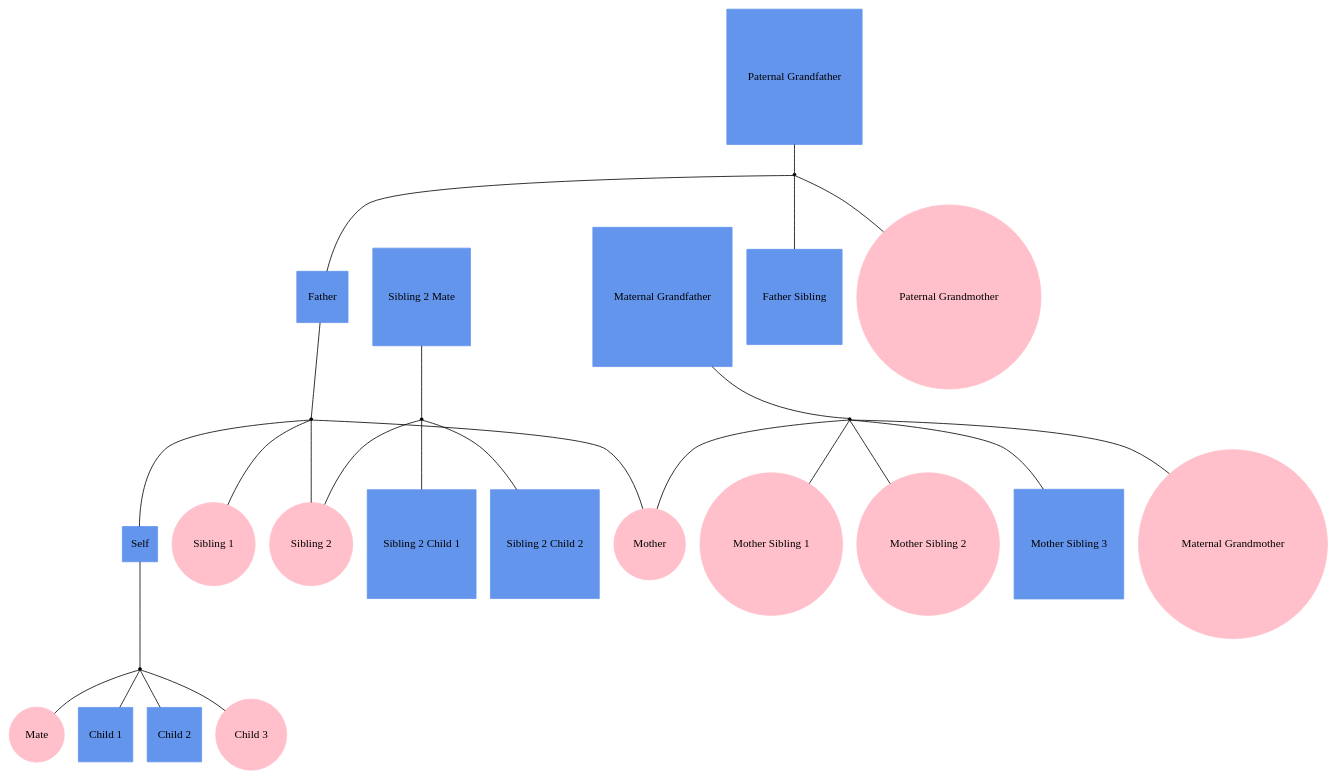
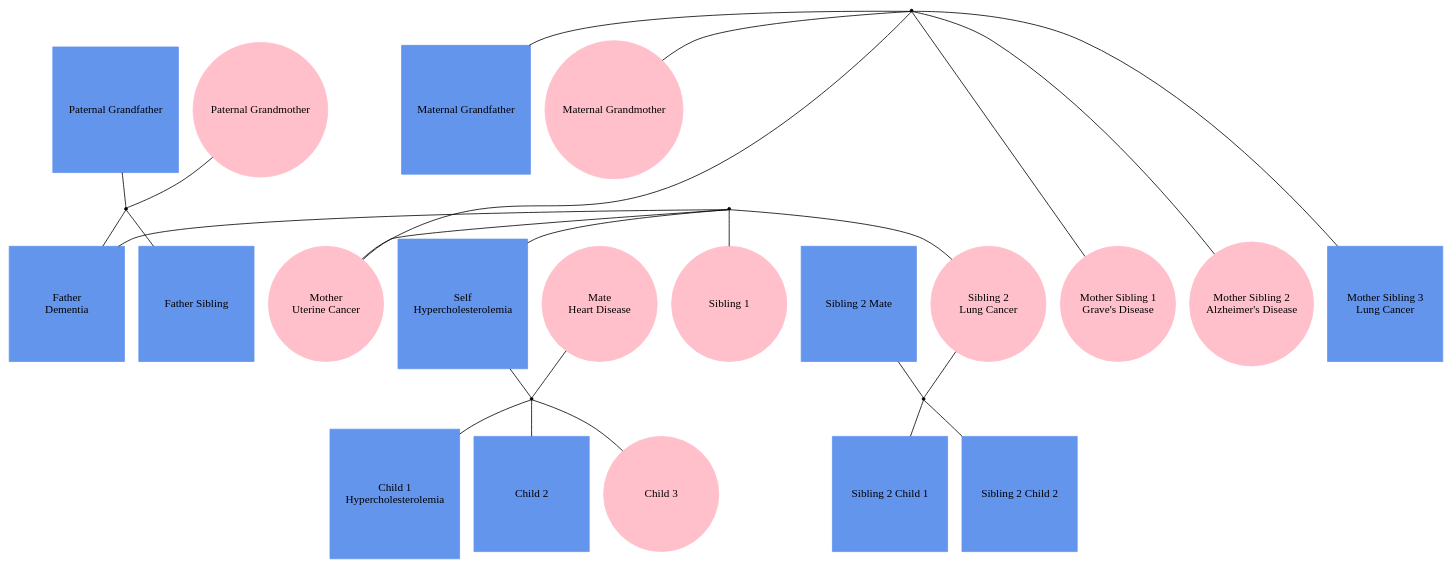
Before and after one commit to phewing/teamM_L: the diagram in encoder/out11.gv, drawn with Graphviz. The commit also changed 22 other files, not shown here.

```diff
--- a/encoder/out11.gv
+++ b/encoder/out11.gv
@@ -1,50 +1,57 @@
 
 graph f11 {
-"Self" [shape=box, style=filled, regular=1, color="cornflowerblue"];
-"Mate" [shape=oval, style=filled, regular=1, color="pink"];
-"Child 1" [shape=box, style=filled, regular=1, color="cornflowerblue"];
-"Child 2" [shape=box, style=filled, regular=1, color="cornflowerblue"];
-"Child 3" [shape=oval, style=filled, regular=1, color="pink"];
-"Sibling 1" [shape=oval, style=filled, regular=1, color="pink"];
-"Sibling 2" [shape=oval, style=filled, regular=1, color="pink"];
-"Sibling 2 Mate" [shape=box, style=filled, regular=1, color="cornflowerblue"];
-"Sibling 2 Child 1" [shape=box, style=filled, regular=1, color="cornflowerblue"];
-"Sibling 2 Child 2" [shape=box, style=filled, regular=1, color="cornflowerblue"];
-"Mother" [shape=oval, style=filled, regular=1, color="pink"];
-"Mother Sibling 1" [shape=oval, style=filled, regular=1, color="pink"];
-"Mother Sibling 2" [shape=oval, style=filled, regular=1, color="pink"];
-"Mother Sibling 3" [shape=box, style=filled, regular=1, color="cornflowerblue"];
-"Maternal Grandmother" [shape=oval, style=filled, regular=1, color="pink"];
-"Maternal Grandfather" [shape=box, style=filled, regular=1, color="cornflowerblue"];
-"Father" [shape=box, style=filled, regular=1, color="cornflowerblue"];
-"Father Sibling" [shape=box, style=filled, regular=1, color="cornflowerblue"];
-"Paternal Grandmother" [shape=oval, style=filled, regular=1, color="pink"];
-"Paternal Grandfather" [shape=box, style=filled, regular=1, color="cornflowerblue"];
+ordering=out;
+
+"Self\nHypercholesterolemia" [fontname="helvetica:bold", width=2, shape=box, style=filled, regular=1, color="cornflowerblue"];
+"Mate\nHeart Disease" [fontname="helvetica:bold", width=2, shape=oval, style=filled, regular=1, color="pink"];
+"Child 1\nHypercholesterolemia" [fontname="helvetica:bold", width=2, shape=box, style=filled, regular=1, color="cornflowerblue"];
+"Child 2" [fontname="helvetica:bold", width=2, shape=box, style=filled, regular=1, color="cornflowerblue"];
+"Child 3" [fontname="helvetica:bold", width=2, shape=oval, style=filled, regular=1, color="pink"];
+"Sibling 1" [fontname="helvetica:bold", width=2, shape=oval, style=filled, regular=1, color="pink"];
+"Sibling 2\nLung Cancer" [fontname="helvetica:bold", width=2, shape=oval, style=filled, regular=1, color="pink"];
+"Sibling 2 Mate" [fontname="helvetica:bold", width=2, shape=box, style=filled, regular=1, color="cornflowerblue"];
+"Sibling 2 Child 1" [fontname="helvetica:bold", width=2, shape=box, style=filled, regular=1, color="cornflowerblue"];
+"Sibling 2 Child 2" [fontname="helvetica:bold", width=2, shape=box, style=filled, regular=1, color="cornflowerblue"];
+"Mother\nUterine Cancer" [fontname="helvetica:bold", width=2, shape=oval, style=filled, regular=1, color="pink"];
+"Mother Sibling 1\nGrave's Disease" [fontname="helvetica:bold", width=2, shape=oval, style=filled, regular=1, color="pink"];
+"Mother Sibling 2\nAlzheimer's Disease" [fontname="helvetica:bold", width=2, shape=oval, style=filled, regular=1, color="pink"];
+"Mother Sibling 3\nLung Cancer" [fontname="helvetica:bold", width=2, shape=box, style=filled, regular=1, color="cornflowerblue"];
+"Maternal Grandmother" [fontname="helvetica:bold", width=2, shape=oval, style=filled, regular=1, color="pink"];
+"Maternal Grandfather" [fontname="helvetica:bold", width=2, shape=box, style=filled, regular=1, color="cornflowerblue"];
+"Father\nDementia" [fontname="helvetica:bold", width=2, shape=box, style=filled, regular=1, color="cornflowerblue"];
+"Father Sibling" [fontname="helvetica:bold", width=2, shape=box, style=filled, regular=1, color="cornflowerblue"];
+"Paternal Grandmother" [fontname="helvetica:bold", width=2, shape=oval, style=filled, regular=1, color="pink"];
+"Paternal Grandfather" [fontname="helvetica:bold", width=2, shape=box, style=filled, regular=1, color="cornflowerblue"];
 
 "self+mate" [shape=point];
 "sibling2mate+sibling2" [shape=point];
 "maternalgrandfather+maternalgrandmother" [shape=point];
 "father+mother" [shape=point];
 "paternalgrandfather+paternalgrandmother" [shape=point];
 
-"Self" -- "self+mate" -- "Mate";
-"Sibling 2 Mate" -- "sibling2mate+sibling2" -- "Sibling 2";
+"Self\nHypercholesterolemia" -- "self+mate" -- "Mate\nHeart Disease";
+"Sibling 2 Mate" -- "sibling2mate+sibling2" -- "Sibling 2\nLung Cancer";
 "Maternal Grandfather" -- "maternalgrandfather+maternalgrandmother" -- "Maternal Grandmother";
-"Father" -- "father+mother" -- "Mother";
+"Father\nDementia" -- "father+mother" -- "Mother\nUterine Cancer";
 "Paternal Grandfather" -- "paternalgrandfather+paternalgrandmother" -- "Paternal Grandmother";
 
-"father+mother" -- "Self";
-"self+mate" -- "Child 1";
+"father+mother" -- "Self\nHypercholesterolemia";
+"self+mate" -- "Child 1\nHypercholesterolemia";
 "self+mate" -- "Child 2";
 "self+mate" -- "Child 3";
 "father+mother" -- "Sibling 1";
-"father+mother" -- "Sibling 2";
+"father+mother" -- "Sibling 2\nLung Cancer";
 "sibling2mate+sibling2" -- "Sibling 2 Child 1";
 "sibling2mate+sibling2" -- "Sibling 2 Child 2";
-"maternalgrandfather+maternalgrandmother" -- "Mother";
-"maternalgrandfather+maternalgrandmother" -- "Mother Sibling 1";
-"maternalgrandfather+maternalgrandmother" -- "Mother Sibling 2";
-"maternalgrandfather+maternalgrandmother" -- "Mother Sibling 3";
-"paternalgrandfather+paternalgrandmother" -- "Father";
+"maternalgrandfather+maternalgrandmother" -- "Mother\nUterine Cancer";
+"maternalgrandfather+maternalgrandmother" -- "Mother Sibling 1\nGrave's Disease";
+"maternalgrandfather+maternalgrandmother" -- "Mother Sibling 2\nAlzheimer's Disease";
+"maternalgrandfather+maternalgrandmother" -- "Mother Sibling 3\nLung Cancer";
+"paternalgrandfather+paternalgrandmother" -- "Father\nDementia";
 "paternalgrandfather+paternalgrandmother" -- "Father Sibling";
+
+{rank=same; "Maternal Grandmother" "Maternal Grandfather" "Paternal Grandmother" "Paternal Grandfather"}
+{rank=same; "Mother\nUterine Cancer" "Mother Sibling 1\nGrave's Disease" "Mother Sibling 2\nAlzheimer's Disease" "Mother Sibling 3\nLung Cancer" "Father\nDementia" "Father Sibling"}
+{rank=same; "Self\nHypercholesterolemia" "Mate\nHeart Disease" "Sibling 1" "Sibling 2\nLung Cancer" "Sibling 2 Mate"}
+{rank=same; "Child 1\nHypercholesterolemia" "Child 2" "Child 3" "Sibling 2 Child 1" "Sibling 2 Child 2"}
 }
```
